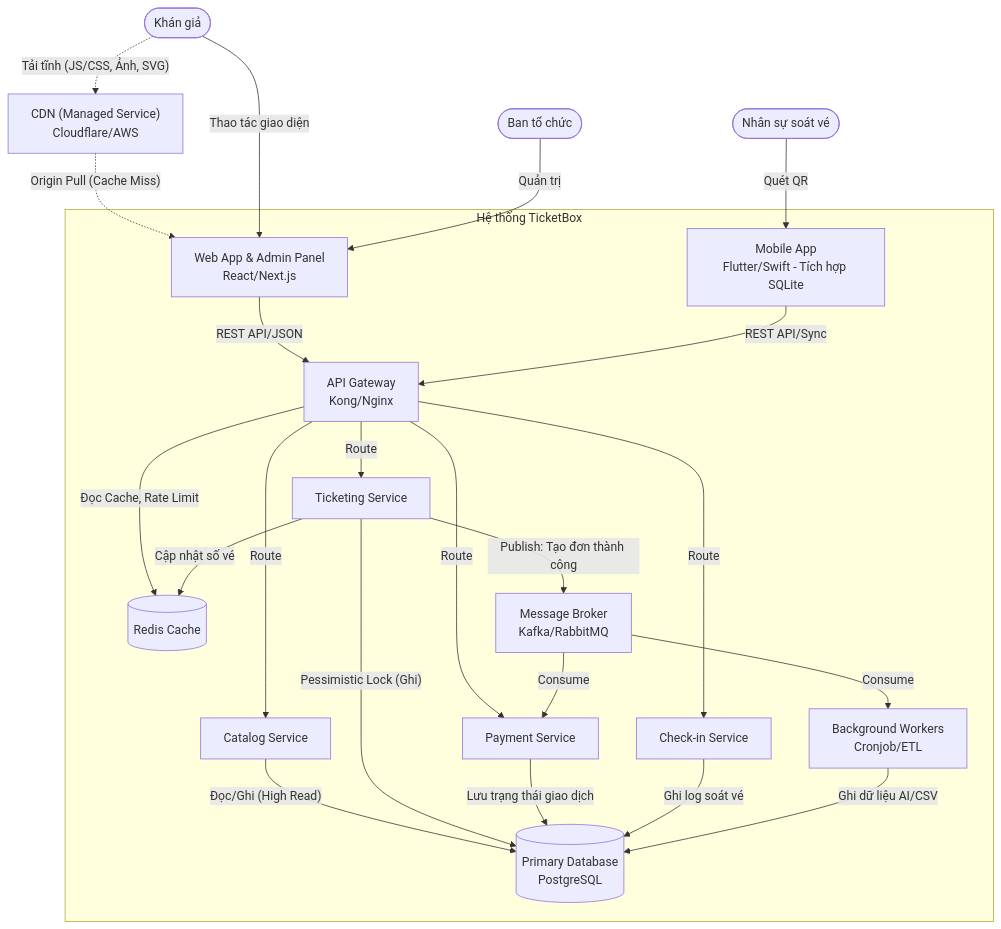
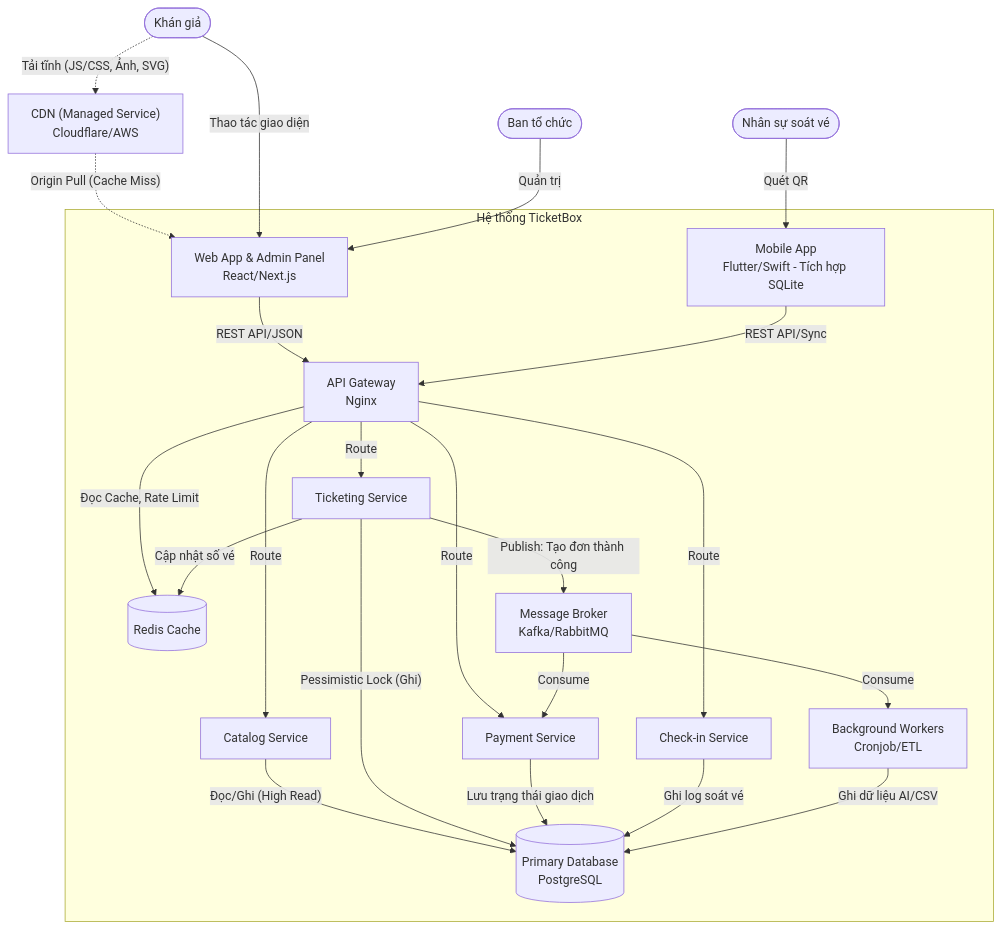
The second of 8 diagrams in blueprint/design.md (quocthaiLN/ticket-box-app), drawn with Mermaid before and after one commit. The commit also changed other lines of this file and 1 other file, not shown here.

````diff
--- a/blueprint/design.md
+++ b/blueprint/design.md
@@ -114,64 +113,64 @@
 ```mermaid
 graph TD
     %% Clients
     Audience([Khán giả])
     Organizer([Ban tổ chức])
     Checker([Nhân sự soát vé])
 
     %% External Services
     CDN["CDN (Managed Service)<br>Cloudflare/AWS"]
 
     subgraph Hệ thống TicketBox
         %% Lớp Client
         WebApp["Web App & Admin Panel<br>React/Next.js"]
         MobileApp["Mobile App<br>Flutter/Swift - Tích hợp SQLite"]
 
         %% Lớp Gateway
-        Gateway["API Gateway<br>Kong/Nginx"]
+        Gateway["API Gateway<br>Nginx"]
 
         %% Lớp Services
         Catalog["Catalog Service"]
         Ticketing["Ticketing Service"]
         Payment["Payment Service"]
         Checkin["Check-in Service"]
         Workers["Background Workers<br>Cronjob/ETL"]
 
         %% Lớp Infrastructure
         Redis[("Redis Cache")]
         DB[("Primary Database<br>PostgreSQL")]
         Broker["Message Broker<br>Kafka/RabbitMQ"]
     end
 
     %% Tương tác Client
     Audience -.->|"Tải tĩnh (JS/CSS, Ảnh, SVG)"| CDN
     CDN -.->|"Origin Pull (Cache Miss)"| WebApp
     Audience -->|"Thao tác giao diện"| WebApp
     Organizer -->|"Quản trị"| WebApp
     Checker -->|"Quét QR"| MobileApp
 
     %% Giao tiếp API
     WebApp -->|"REST API/JSON"| Gateway
     MobileApp -->|"REST API/Sync"| Gateway
 
     %% Routing & Caching
     Gateway -->|"Đọc Cache, Rate Limit"| Redis
     Gateway -->|"Route"| Catalog
     Gateway -->|"Route"| Ticketing
     Gateway -->|"Route"| Payment
     Gateway -->|"Route"| Checkin
 
     %% Logic Database
     Catalog -->|"Đọc/Ghi (High Read)"| DB
     Ticketing -->|"Pessimistic Lock (Ghi)"| DB
     Ticketing -->|"Cập nhật số vé"| Redis
     Payment -->|"Lưu trạng thái giao dịch"| DB
     Checkin -->|"Ghi log soát vé"| DB
 
     %% Hàng đợi bất đồng bộ
     Ticketing -->|"Publish: Tạo đơn thành công"| Broker
     Broker -->|"Consume"| Payment
     Broker -->|"Consume"| Workers
 
     %% Worker logic
     Workers -->|"Ghi dữ liệu AI/CSV"| DB
 ```
````
